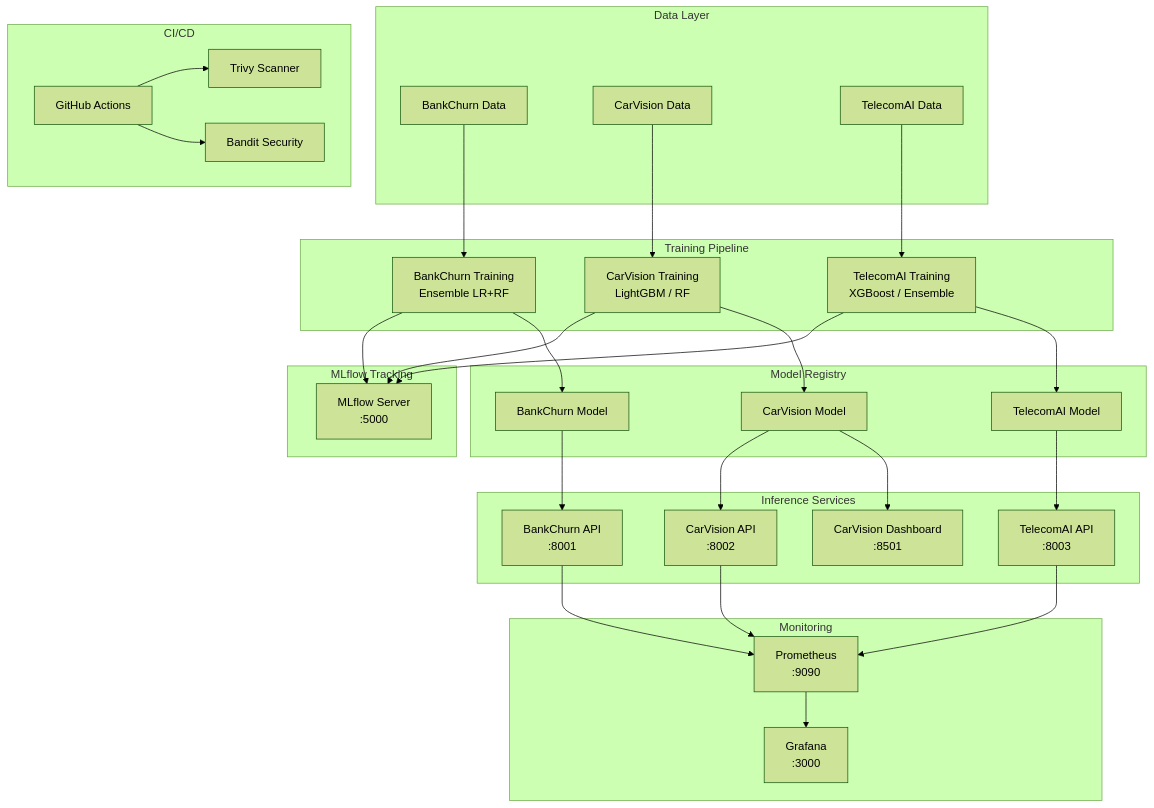
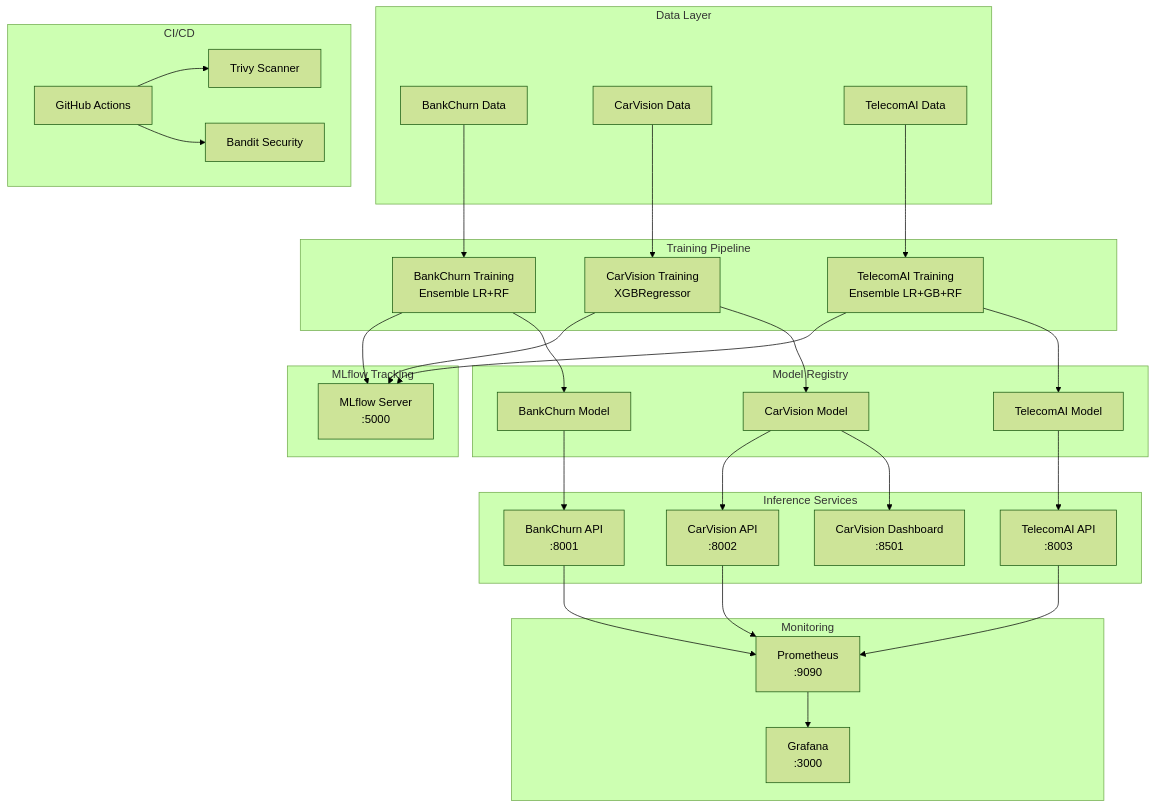
The first of 2 diagrams in docs/ARCHITECTURE_PORTFOLIO.md (DuqueOM/ML-MLOps-Portfolio), drawn with Mermaid (forest theme) before and after one commit. The commit also changed other lines of this file and 7 other files, not shown here.

First line of the commit message:
fix: correct metrics, coverage claims, and add architectural decisions

````diff
--- a/docs/ARCHITECTURE_PORTFOLIO.md
+++ b/docs/ARCHITECTURE_PORTFOLIO.md
@@ -29,68 +29,68 @@
 ```mermaid
 graph TB
     subgraph "Data Layer"
         D1[BankChurn Data]
         D2[CarVision Data]
         D3[TelecomAI Data]
     end
     
     subgraph "Training Pipeline"
         T1[BankChurn Training<br/>Ensemble LR+RF]
-        T2[CarVision Training<br/>LightGBM / RF]
-        T3[TelecomAI Training<br/>XGBoost / Ensemble]
+        T2[CarVision Training<br/>XGBRegressor]
+        T3[TelecomAI Training<br/>Ensemble LR+GB+RF]
     end
     
     subgraph "MLflow Tracking"
         MLF[MLflow Server<br/>:5000]
     end
     
     subgraph "Model Registry"
         M1[BankChurn Model]
         M2[CarVision Model]
         M3[TelecomAI Model]
     end
     
     subgraph "Inference Services"
         API1[BankChurn API<br/>:8001]
         API2[CarVision API<br/>:8002]
         API3[TelecomAI API<br/>:8003]
         DASH[CarVision Dashboard<br/>:8501]
     end
     
     subgraph "Monitoring"
         PROM[Prometheus<br/>:9090]
         GRAF[Grafana<br/>:3000]
     end
     
     subgraph "CI/CD"
         GHA[GitHub Actions]
         TRIVY[Trivy Scanner]
         BANDIT[Bandit Security]
     end
     
     D1 --> T1
     D2 --> T2
     D3 --> T3
     
     T1 --> MLF
     T2 --> MLF
     T3 --> MLF
     
     T1 --> M1
     T2 --> M2
     T3 --> M3
     
     M1 --> API1
     M2 --> API2
     M2 --> DASH
     M3 --> API3
     
     API1 --> PROM
     API2 --> PROM
     API3 --> PROM
     
     PROM --> GRAF
     
     GHA --> TRIVY
     GHA --> BANDIT
 ```
````
